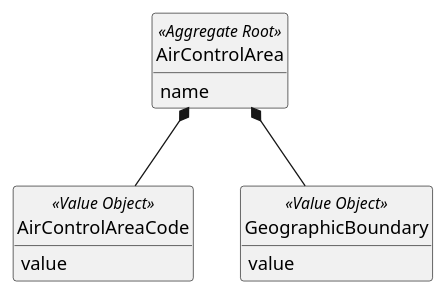
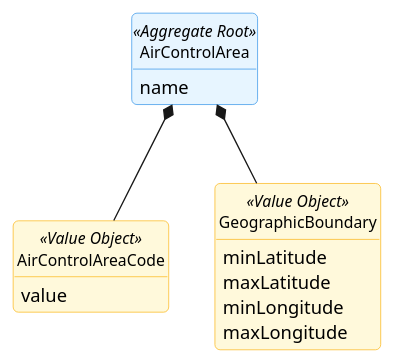
The diagram in docs/global-artifacts/02.analysis/puml/Aggregates/AirControlAreaAggregate.puml (GustavoFerreira24/flight-management-platform), drawn with PlantUML before and after one commit. The commit also changed 13 other files, not shown here.

Commit message:
US10(Code) - Refactor aggregate models to enhance visual representation and relationships in UML diagrams [#11][#12][#13][#14]

```diff
--- a/docs/global-artifacts/02.analysis/puml/Aggregates/AirControlAreaAggregate.puml
+++ b/docs/global-artifacts/02.analysis/puml/Aggregates/AirControlAreaAggregate.puml
@@ -1,24 +1,43 @@
 @startuml
-skinparam monochrome true
-skinparam packageStyle rectangle
-skinparam shadowing false
-skinparam classAttributeIconSize 0
+skinparam {
+    BackgroundColor white
+    RoundCorner 8
+    Shadowing false
+    Handwritten false
+    ClassAttributeIconSize 0
+
+    ClassBackgroundColor white
+    ClassBorderColor #495057
+    ClassFontSize 12
+
+    ClassBackgroundColor<<Aggregate Root>> #E7F5FF
+    ClassBorderColor<<Aggregate Root>> #228BE6
+
+    ClassBackgroundColor<<Value Object>> #FFF9DB
+    ClassBorderColor<<Value Object>> #FAB005
+
+    ClassBackgroundColor<<Entity>> #F3F0FF
+    ClassBorderColor<<Entity>> #7950F2
+}
 hide circle
 hide methods
 
 class AirControlArea <<Aggregate Root>> {
     name
 }
 
 class AirControlAreaCode <<Value Object>> {
     value
 }
 
 class GeographicBoundary <<Value Object>> {
-    value
+    minLatitude
+    maxLatitude
+    minLongitude
+    maxLongitude
 }
 
 AirControlArea *-- AirControlAreaCode
 AirControlArea *-- GeographicBoundary
 
 @enduml
```
